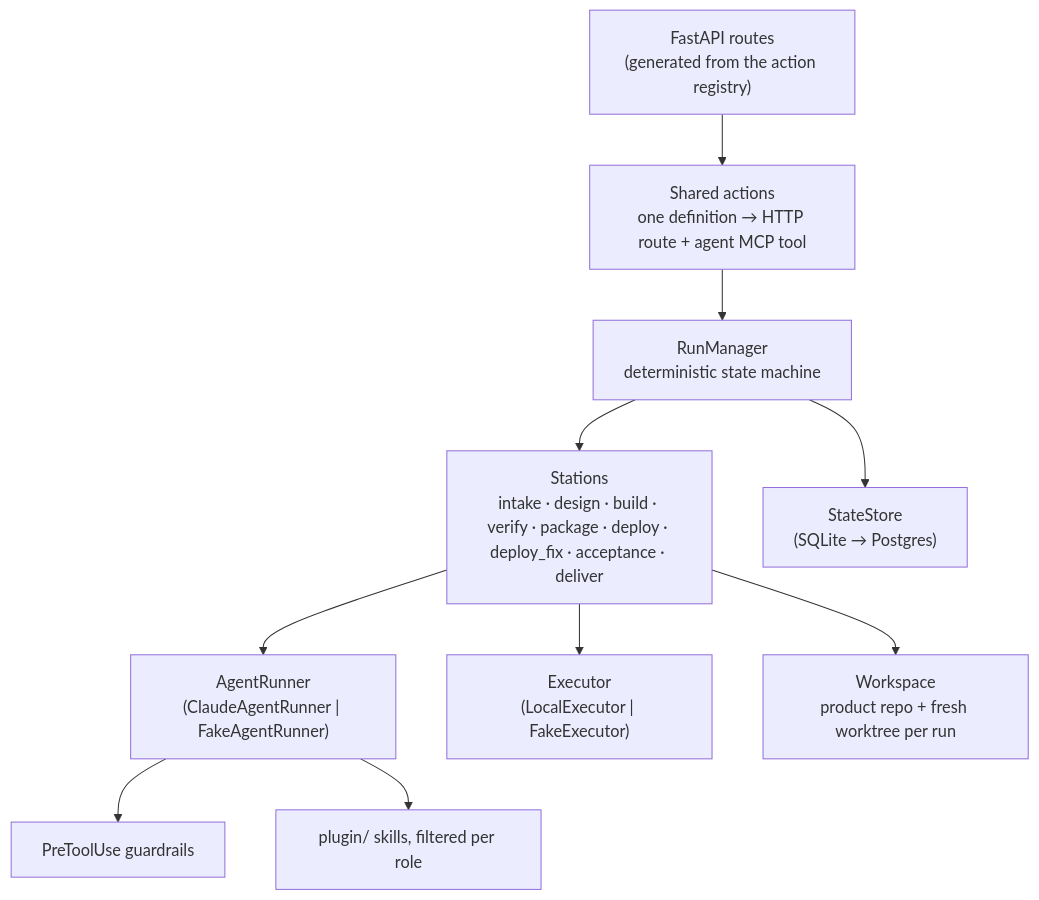
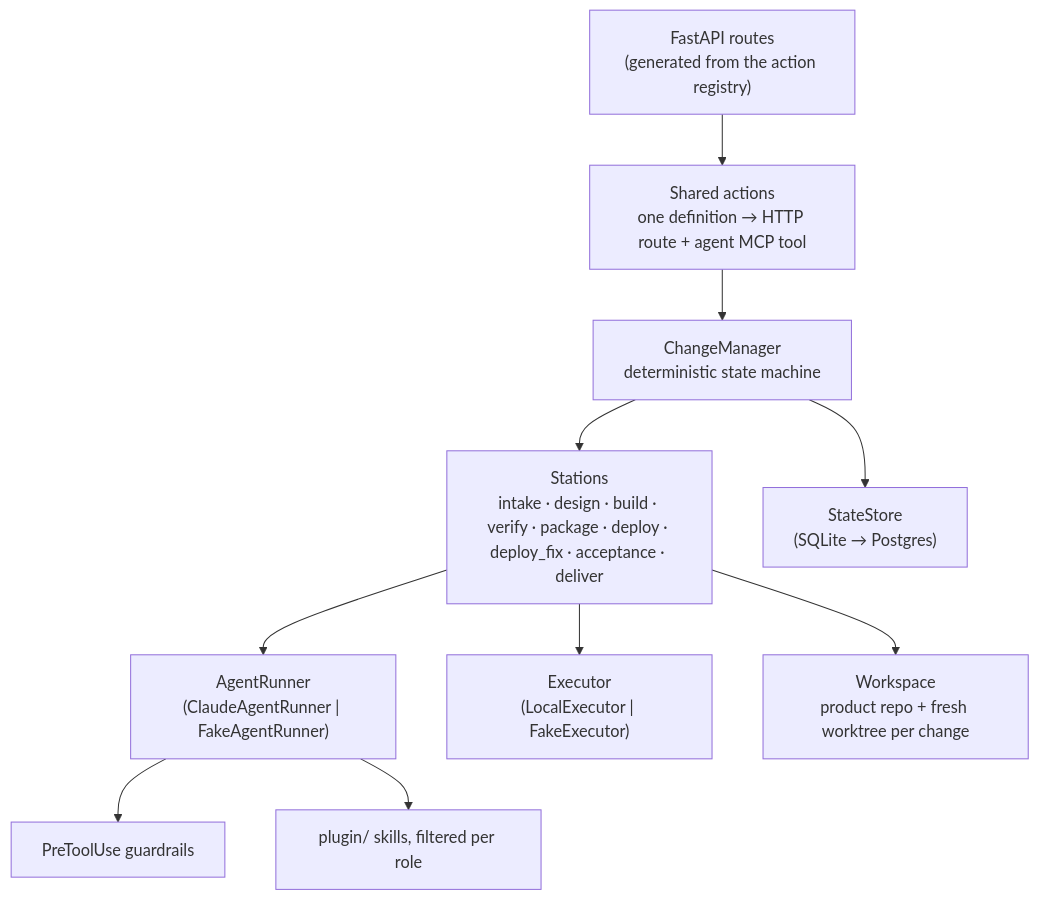
The second of 2 diagrams in docs/architecture.md (Priyasaravana/agent-factory), drawn with Mermaid before and after one commit. The commit also changed other lines of this file and 110 other files, not shown here.

````diff
--- a/docs/architecture.md
+++ b/docs/architecture.md
@@ -51,12 +51,12 @@
 ```mermaid
 flowchart TB
   api["FastAPI routes<br/>(generated from the action registry)"] --> actions["Shared actions<br/>one definition → HTTP route + agent MCP tool"]
-  actions --> mgr["RunManager<br/>deterministic state machine"]
+  actions --> mgr["ChangeManager<br/>deterministic state machine"]
   mgr --> st["Stations<br/>intake · design · build · verify · package · deploy · deploy_fix · acceptance · deliver"]
   st --> runner["AgentRunner<br/>(ClaudeAgentRunner | FakeAgentRunner)"]
   st --> ex["Executor<br/>(LocalExecutor | FakeExecutor)"]
-  st --> ws["Workspace<br/>product repo + fresh worktree per run"]
+  st --> ws["Workspace<br/>product repo + fresh worktree per change"]
   mgr --> store["StateStore<br/>(SQLite → Postgres)"]
   runner --> hooks["PreToolUse guardrails"]
   runner --> plugin["plugin/ skills, filtered per role"]
 ```
````
